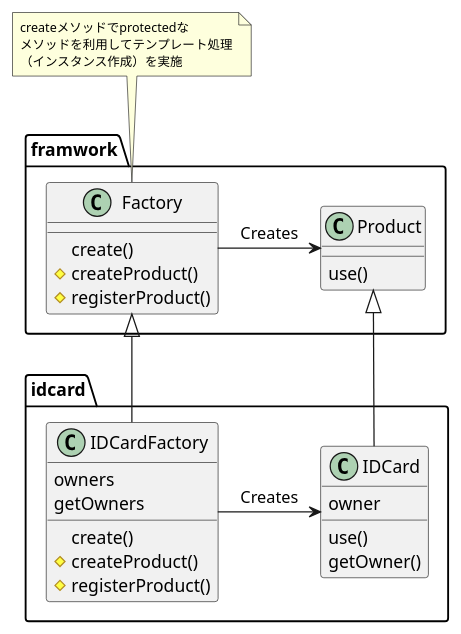
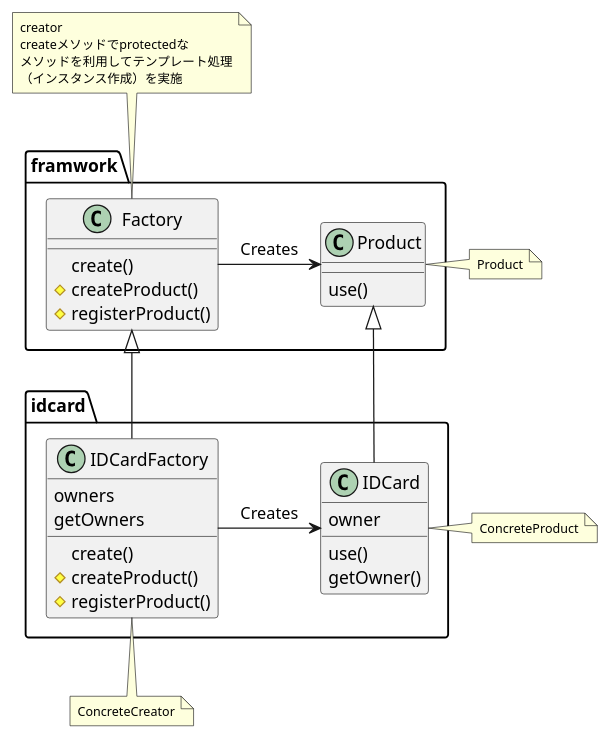
The diagram in doc/factorymethod/factorymethod.puml (beatkei/myjava), drawn with PlantUML before and after one commit. The commit also changed 10 other files, not shown here.

Commit message:
prototypeを追加＆クラス図に役割名をコメントで追加

```diff
--- a/doc/factorymethod/factorymethod.puml
+++ b/doc/factorymethod/factorymethod.puml
@@ -1,42 +1,55 @@
 @startuml
 
 package framwork {
     class Factory {
         create()
         #createProduct()
         #registerProduct()
     }
 
     class Product {
         use()
     }
 }
 
 package idcard {
     class IDCardFactory {
         owners
         create()
         #createProduct()
         #registerProduct()
         getOwners
     }
 
     class IDCard {
         owner
         use()
         getOwner()
     }
 }
 
 Factory <|-do- IDCardFactory
 Product <|-do- IDCard
 Factory -ri-> Product : Creates
 IDCardFactory -ri-> IDCard : Creates
 
 note top of Factory
+    <size:10>creator
     <size:10>createメソッドでprotectedな
     <size:10>メソッドを利用してテンプレート処理
     <size:10>（インスタンス作成）を実施
 end note
 
+note left of Product
+    <size:10>Product
+end note
+
+note bottom of IDCardFactory
+    <size:10>ConcreteCreator
+end note
+
+note left of IDCard
+    <size:10>ConcreteProduct
+end note
+
 @enduml
```
